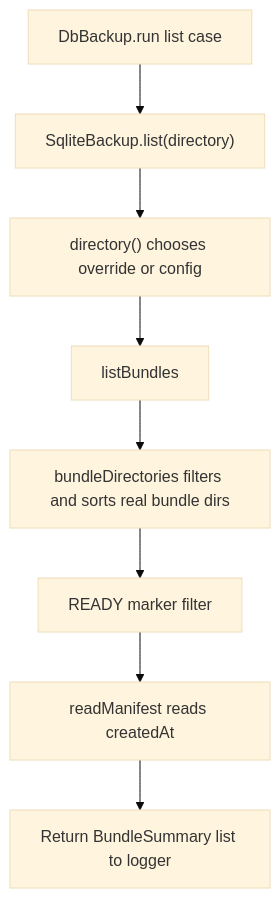
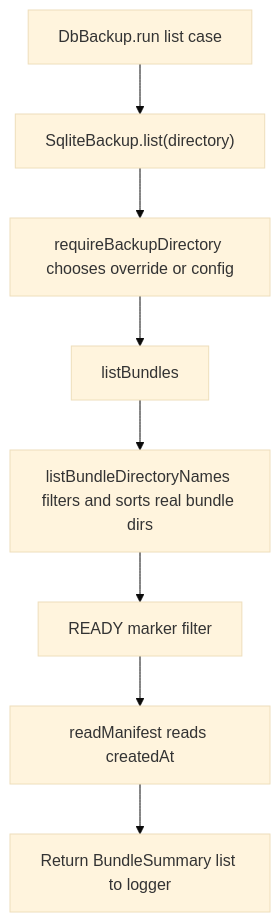
Before and after one commit to Kevinjohn/oss-adonisjs-sqlite-backup: the second of 2 diagrams in user-stories/list-bundles/us-op-02-list-bundles.md, drawn with Mermaid (base theme). The commit also changed other lines of this file and 4 other files, not shown here.

````diff
--- a/user-stories/list-bundles/us-op-02-list-bundles.md
+++ b/user-stories/list-bundles/us-op-02-list-bundles.md
@@ -38,10 +38,10 @@
 ```mermaid
 flowchart TD
     A["DbBackup.run list case"] --> B["SqliteBackup.list(directory)"]
-    B --> C["directory() chooses override or config"]
+    B --> C["requireBackupDirectory chooses override or config"]
     C --> D["listBundles"]
-    D --> E["bundleDirectories filters and sorts real bundle dirs"]
+    D --> E["listBundleDirectoryNames filters and sorts real bundle dirs"]
     E --> F["READY marker filter"]
     F --> G["readManifest reads createdAt"]
     G --> H["Return BundleSummary list to logger"]
 ```
````
